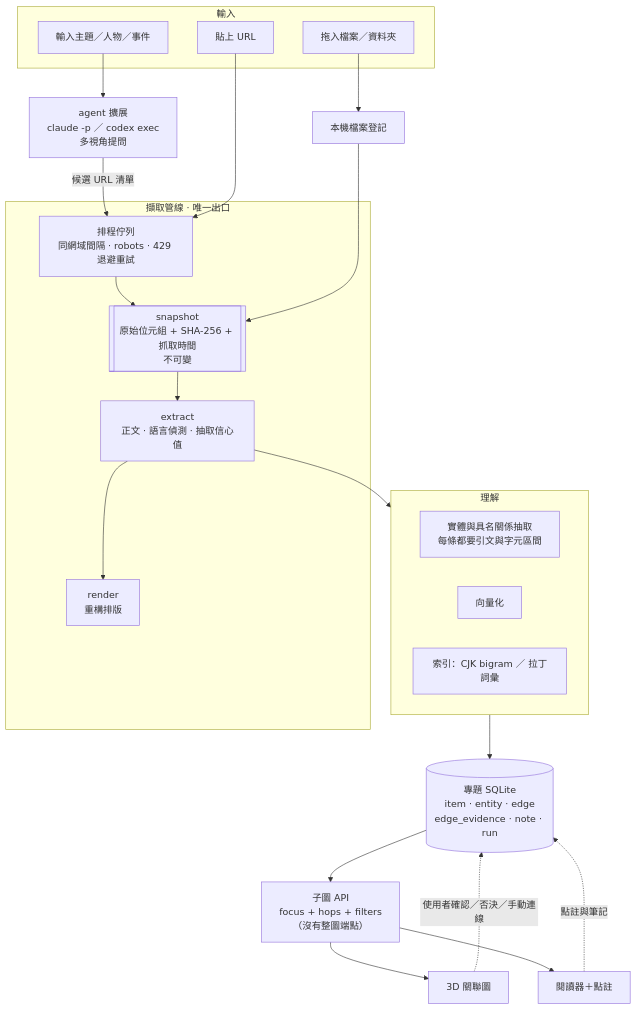
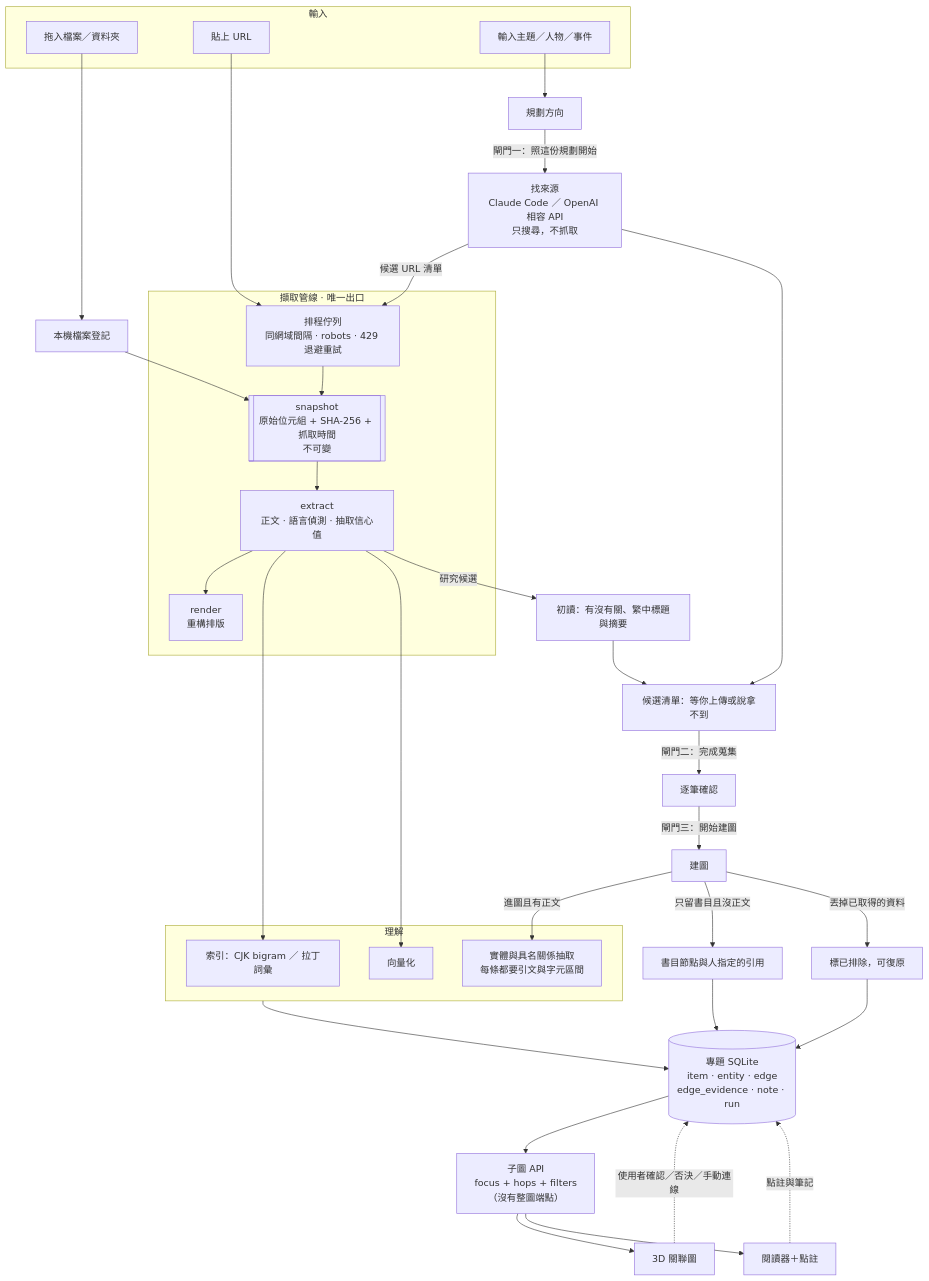
Before and after one commit to SpringRain555/cyclosa: the first of 2 diagrams in docs/architecture/overview.md, drawn with Mermaid. The commit also changed other lines of this file and 29 other files, not shown here.

````diff
--- a/docs/architecture/overview.md
+++ b/docs/architecture/overview.md
@@ -22,36 +22,48 @@
 ```mermaid
 flowchart TB
   subgraph IN[輸入]
     I1[拖入檔案／資料夾]
     I2[貼上 URL]
     I3[輸入主題／人物／事件]
   end
 
-  I3 --> AG["agent 擴展<br/>claude -p ／ codex exec<br/>多視角提問"]
+  I3 --> PLAN[規劃方向]
+  PLAN -->|閘門一：照這份規劃開始| AG["找來源<br/>Claude Code ／ OpenAI 相容 API<br/>只搜尋，不抓取"]
   AG -->|候選 URL 清單| FQ
   I2 --> FQ
   I1 --> LOCAL[本機檔案登記]
 
   subgraph PIPE[擷取管線 · 唯一出口]
     FQ[排程佇列<br/>同網域間隔 · robots · 429 退避重試]
     FQ --> SNAP[["snapshot<br/>原始位元組 + SHA-256 + 抓取時間<br/>不可變"]]
     SNAP --> EXT[extract<br/>正文 · 語言偵測 · 抽取信心值]
     EXT --> RND[render<br/>重構排版]
   end
 
   LOCAL --> SNAP
-  EXT --> UND
+  EXT --> IDX
+  EXT --> EMB
+  EXT -->|研究候選| DIGEST[初讀：有沒有關、繁中標題與摘要]
+  DIGEST --> COLLECT[候選清單：等你上傳或說拿不到]
+  AG --> COLLECT
+  COLLECT -->|閘門二：完成蒐集| REVIEW[逐筆確認]
+  REVIEW -->|閘門三：開始建圖| BUILD[建圖]
+  BUILD -->|進圖且有正文| NER
+  BUILD -->|只留書目且沒正文| REF[書目節點與人指定的引用]
+  BUILD -->|丟掉已取得的資料| EXCLUDE[標已排除，可復原]
 
   subgraph UND[理解]
     NER[實體與具名關係抽取<br/>每條都要引文與字元區間]
     EMB[向量化]
     IDX[索引：CJK bigram ／ 拉丁詞彙]
   end
 
   UND --> DB[("專題 SQLite<br/>item · entity · edge<br/>edge_evidence · note · run")]
+  REF --> DB
+  EXCLUDE --> DB
   DB --> SUB["子圖 API<br/>focus + hops + filters<br/>（沒有整圖端點）"]
   SUB --> UI3D[3D 關聯圖]
   SUB --> RDR[閱讀器＋點註]
   UI3D -.使用者確認／否決／手動連線.-> DB
   RDR -.點註與筆記.-> DB
 ```
````
